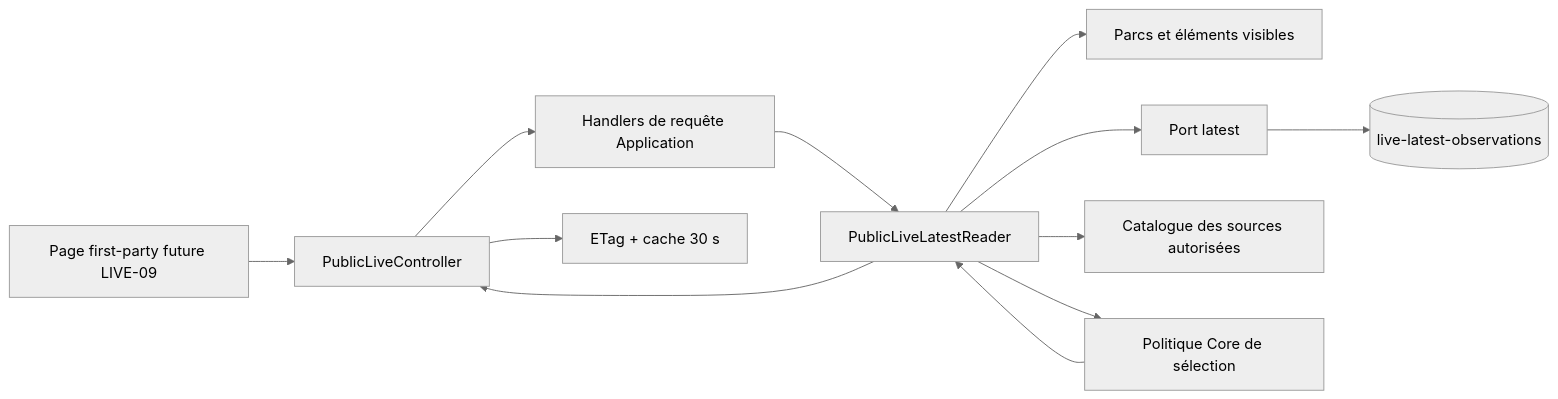
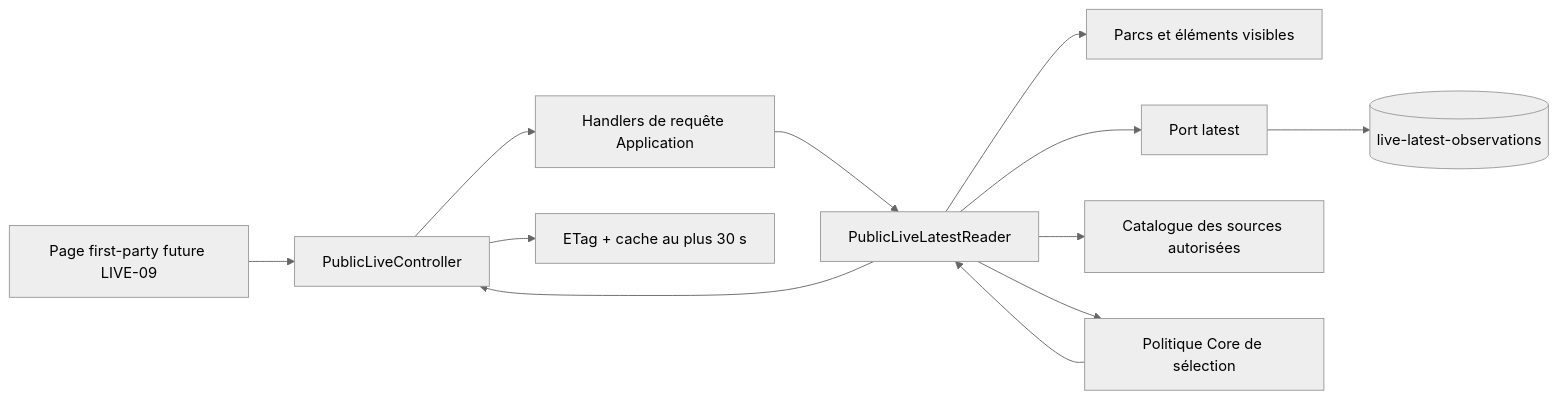
One commit to Ced59/AmusementParkProject changed the diagram in docs/architecture/product-growth-live-08-latest-api-cache-2026-09-29.md. Above: the diagram before and after it, drawn with Mermaid (neutral theme). The commit also changed other lines of this file and 11 other files, not shown here.

````diff
--- a/docs/architecture/product-growth-live-08-latest-api-cache-2026-09-29.md
+++ b/docs/architecture/product-growth-live-08-latest-api-cache-2026-09-29.md
@@ -47,14 +47,14 @@
 ```mermaid
 flowchart LR
     UI[Page first-party future LIVE-09] --> API[PublicLiveController]
     API --> Q[Handlers de requête Application]
     Q --> R[PublicLiveLatestReader]
     R --> P[Parcs et éléments visibles]
     R --> L[Port latest]
     R --> C[Catalogue des sources autorisées]
     L --> M[(live-latest-observations)]
     R --> S[Politique Core de sélection]
     S --> R
     R --> API
-    API --> E[ETag + cache 30 s]
+    API --> E[ETag + cache au plus 30 s]
 ```
````
